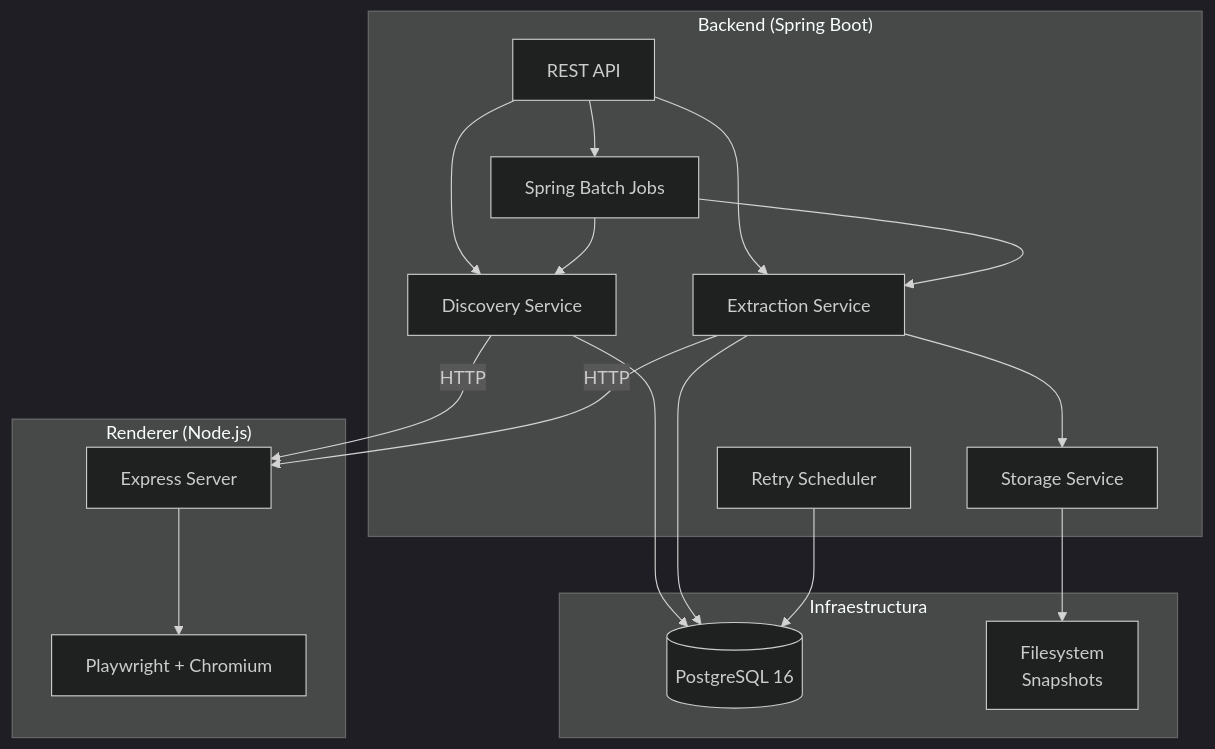
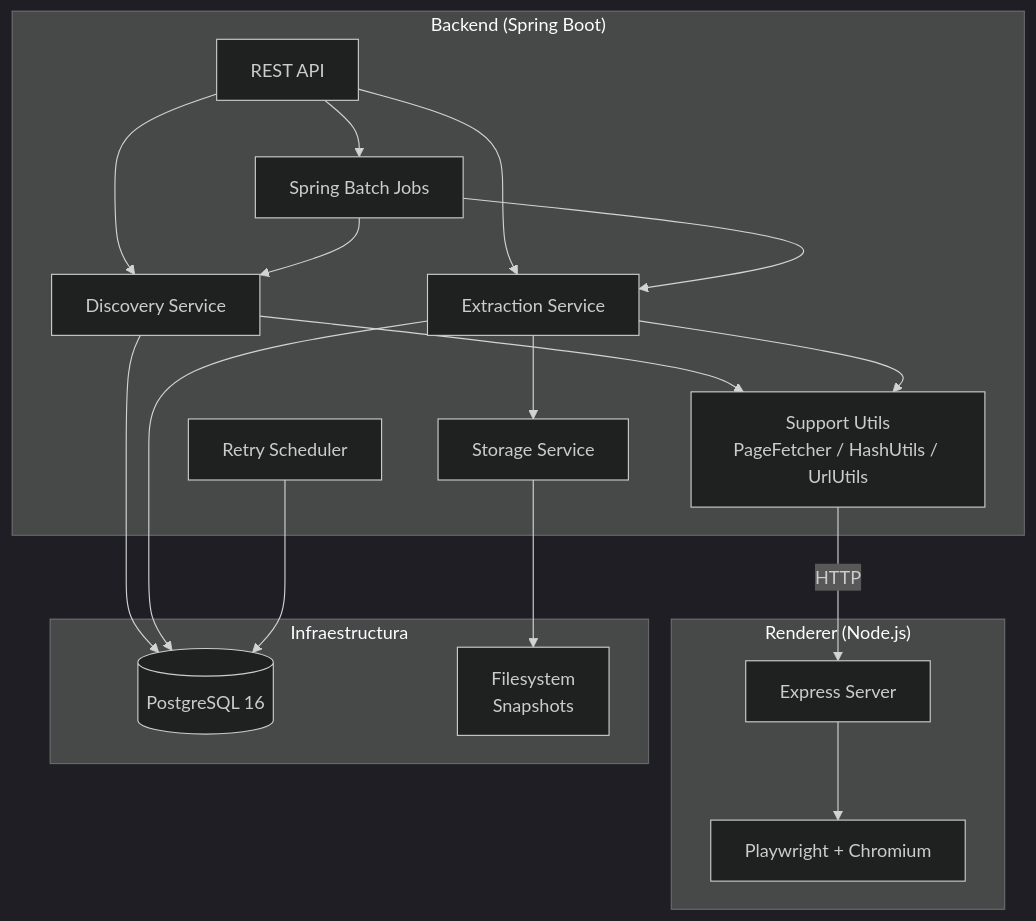
One commit to hneyra/crawler changed the diagram in docs/architecture.md. Above: the diagram before and after it, drawn with Mermaid (dark theme). The commit also changed other lines of this file and 19 other files, not shown here.

````diff
--- a/docs/architecture.md
+++ b/docs/architecture.md
@@ -7,35 +7,37 @@
 ```mermaid
 graph TB
     subgraph "Backend (Spring Boot)"
         API[REST API]
         DISC[Discovery Service]
         EXTR[Extraction Service]
         BATCH[Spring Batch Jobs]
         SCHED[Retry Scheduler]
         STOR[Storage Service]
+        SUPPORT[Support Utils<br/>PageFetcher / HashUtils / UrlUtils]
     end
 
     subgraph "Renderer (Node.js)"
         EXPRESS[Express Server]
         PW[Playwright + Chromium]
     end
 
     subgraph "Infraestructura"
         PG[(PostgreSQL 16)]
         FS[Filesystem<br/>Snapshots]
     end
 
     API --> DISC
     API --> EXTR
     API --> BATCH
     BATCH --> DISC
     BATCH --> EXTR
     DISC --> PG
     EXTR --> PG
     EXTR --> STOR
     STOR --> FS
-    DISC -->|HTTP| EXPRESS
-    EXTR -->|HTTP| EXPRESS
+    DISC --> SUPPORT
+    EXTR --> SUPPORT
+    SUPPORT -->|HTTP| EXPRESS
     EXPRESS --> PW
     SCHED --> PG
 ```
````
